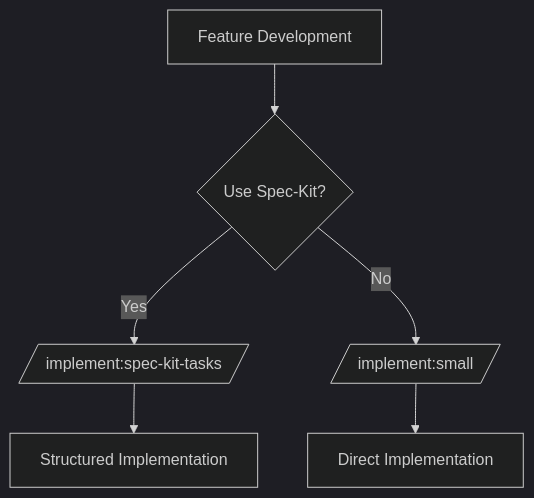
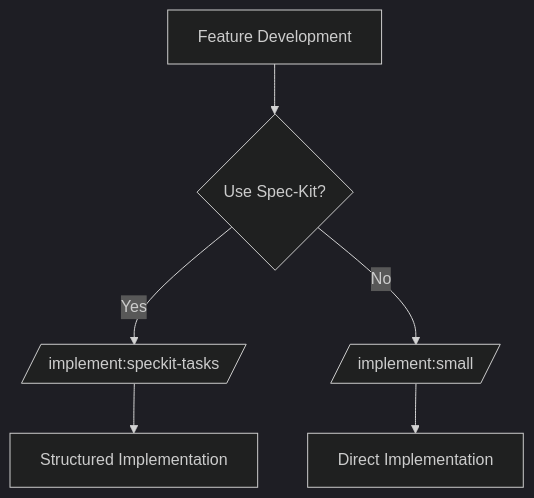
One commit to thomasholknielsen/claude-code-config changed diagram 22 of 31 in docs/developer/developer-workflows.md. Above: the diagram before and after it, drawn with Mermaid (dark theme). The commit also changed other lines of this file and 198 other files, not shown here.

````diff
--- a/docs/developer/developer-workflows.md
+++ b/docs/developer/developer-workflows.md
@@ -1191,8 +1191,8 @@
 ```mermaid
 graph TD
     A[Feature Development] --> B{Use Spec-Kit?}
-    B -->|Yes| C[/implement:spec-kit-tasks/]
+    B -->|Yes| C[/implement:speckit-tasks/]
     B -->|No| D[/implement:small/]
     C --> E[Structured Implementation]
     D --> F[Direct Implementation]
 ```
````
